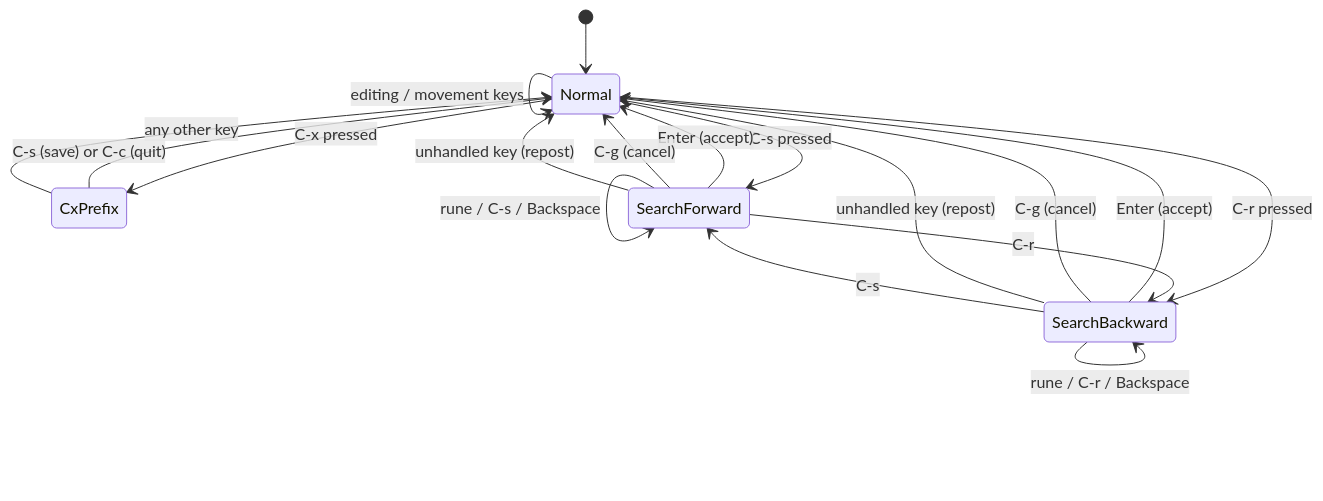
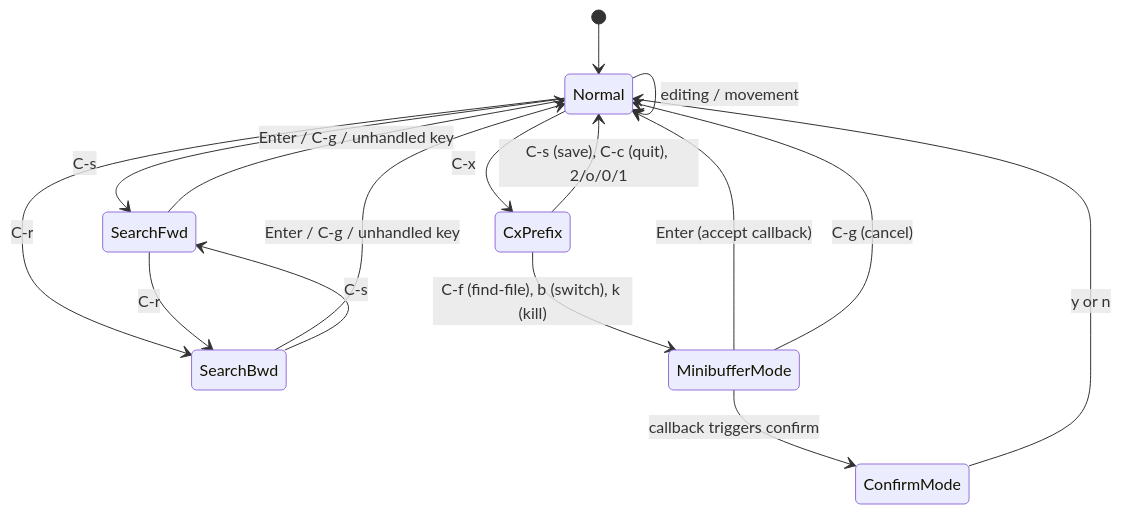
Before and after one commit to ryogrid/gomacs: the first of 11 diagrams in impl_docs/event-loop.md, drawn with Mermaid. The commit also changed other lines of this file and 4 other files, not shown here.

````diff
--- a/impl_docs/event-loop.md
+++ b/impl_docs/event-loop.md
@@ -9,24 +9,24 @@
 ```mermaid
 stateDiagram-v2
     [*] --> Normal
 
-    Normal --> CxPrefix : C-x pressed
-    Normal --> SearchForward : C-s pressed
-    Normal --> SearchBackward : C-r pressed
-    Normal --> Normal : editing / movement keys
+    Normal --> SearchFwd : C-s
+    Normal --> SearchBwd : C-r
+    Normal --> CxPrefix : C-x
+    Normal --> Normal : editing / movement
 
-    CxPrefix --> Normal : C-s (save) or C-c (quit)
-    CxPrefix --> Normal : any other key
+    CxPrefix --> Normal : C-s (save), C-c (quit), 2/o/0/1
+    CxPrefix --> MinibufferMode : C-f (find-file), b (switch), k (kill)
 
-    SearchForward --> Normal : Enter (accept)
-    SearchForward --> Normal : C-g (cancel)
-    SearchForward --> Normal : unhandled key (repost)
-    SearchForward --> SearchForward : rune / C-s / Backspace
-    SearchForward --> SearchBackward : C-r
+    MinibufferMode --> Normal : Enter (accept callback)
+    MinibufferMode --> Normal : C-g (cancel)
 
-    SearchBackward --> Normal : Enter (accept)
-    SearchBackward --> Normal : C-g (cancel)
-    SearchBackward --> Normal : unhandled key (repost)
-    SearchBackward --> SearchBackward : rune / C-r / Backspace
-    SearchBackward --> SearchForward : C-s
+    MinibufferMode --> ConfirmMode : callback triggers confirm
+
+    ConfirmMode --> Normal : y or n
+
+    SearchFwd --> Normal : Enter / C-g / unhandled key
+    SearchFwd --> SearchBwd : C-r
+    SearchBwd --> Normal : Enter / C-g / unhandled key
+    SearchBwd --> SearchFwd : C-s
 ```
````
